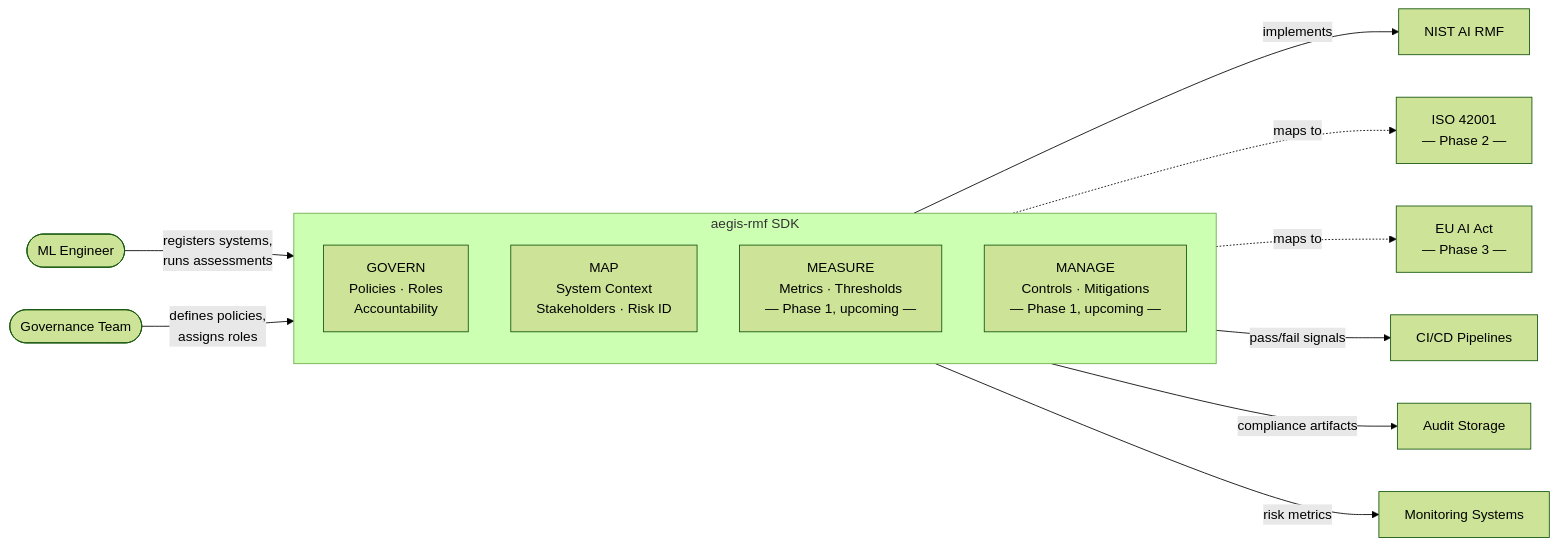
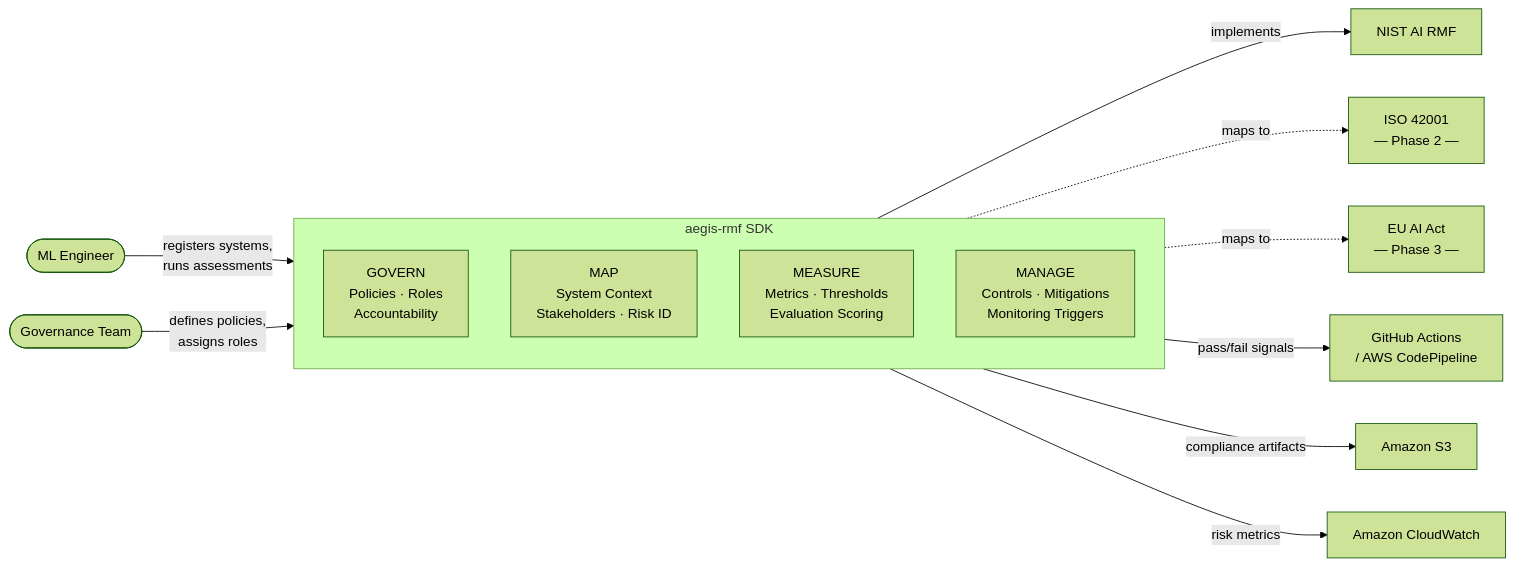
One commit to jodyb/aegis-rmf changed the diagram in README.md. Above: the diagram before and after it, drawn with Mermaid (forest theme). The commit also changed other lines of this file and 10 other files, not shown here.

First line of the commit message:
feat: complete Phase 1 — MEASURE and MANAGE functions with full test coverage

````diff
--- a/README.md
+++ b/README.md
@@ -21,30 +21,30 @@
 ```mermaid
 flowchart LR
     ML(["ML Engineer"])
     GT(["Governance Team"])
 
     subgraph aegis["aegis-rmf SDK"]
         GOVERN["GOVERN\nPolicies · Roles\nAccountability"]
         MAP_F["MAP\nSystem Context\nStakeholders · Risk ID"]
-        MEASURE["MEASURE\nMetrics · Thresholds\n— Phase 1, upcoming —"]
-        MANAGE["MANAGE\nControls · Mitigations\n— Phase 1, upcoming —"]
+        MEASURE["MEASURE\nMetrics · Thresholds\nEvaluation Scoring"]
+        MANAGE["MANAGE\nControls · Mitigations\nMonitoring Triggers"]
     end
 
     NIST["NIST AI RMF"]
     ISO["ISO 42001\n— Phase 2 —"]
     EU["EU AI Act\n— Phase 3 —"]
-    CICD["CI/CD Pipelines"]
-    AUDIT["Audit Storage"]
-    OBS["Monitoring Systems"]
+    CICD["GitHub Actions\n/ AWS CodePipeline"]
+    AUDIT["Amazon S3"]
+    OBS["Amazon CloudWatch"]
 
     ML -- "registers systems,\nruns assessments" --> aegis
     GT -- "defines policies,\nassigns roles" --> aegis
 
     aegis -- "implements" --> NIST
     aegis -. "maps to" .-> ISO
     aegis -. "maps to" .-> EU
 
     aegis -- "pass/fail signals" --> CICD
     aegis -- "compliance artifacts" --> AUDIT
     aegis -- "risk metrics" --> OBS
 ```
````
